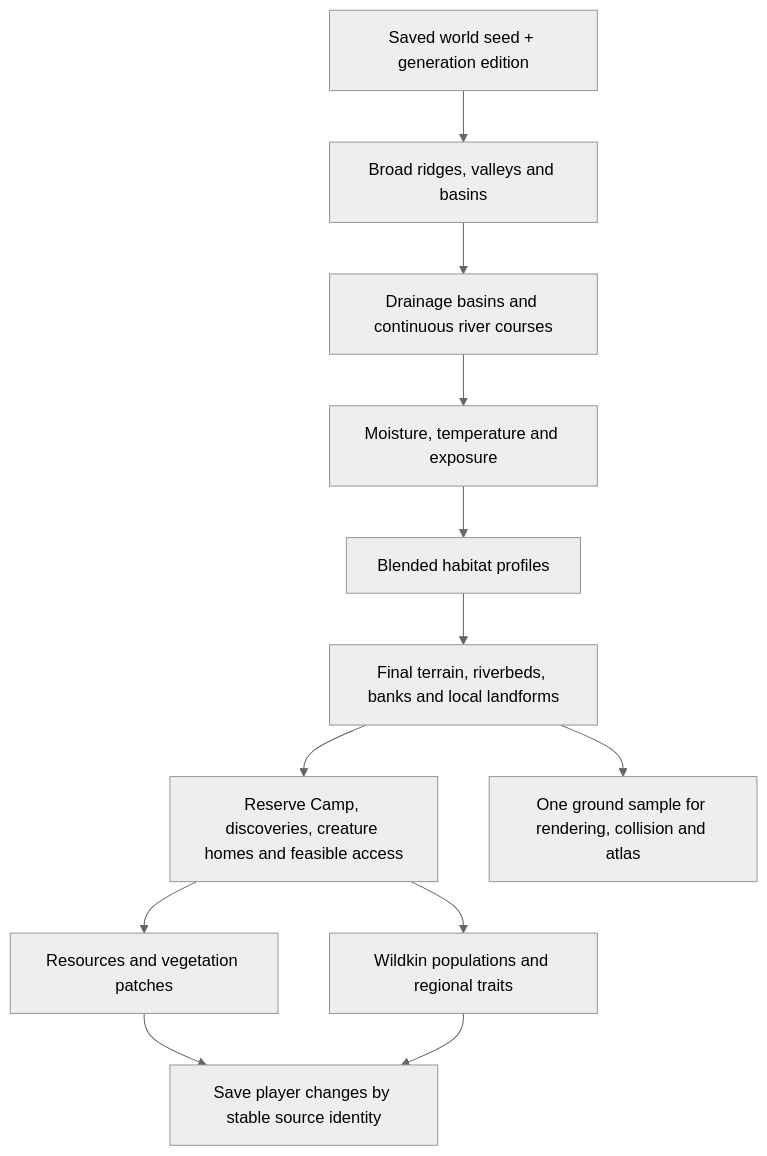
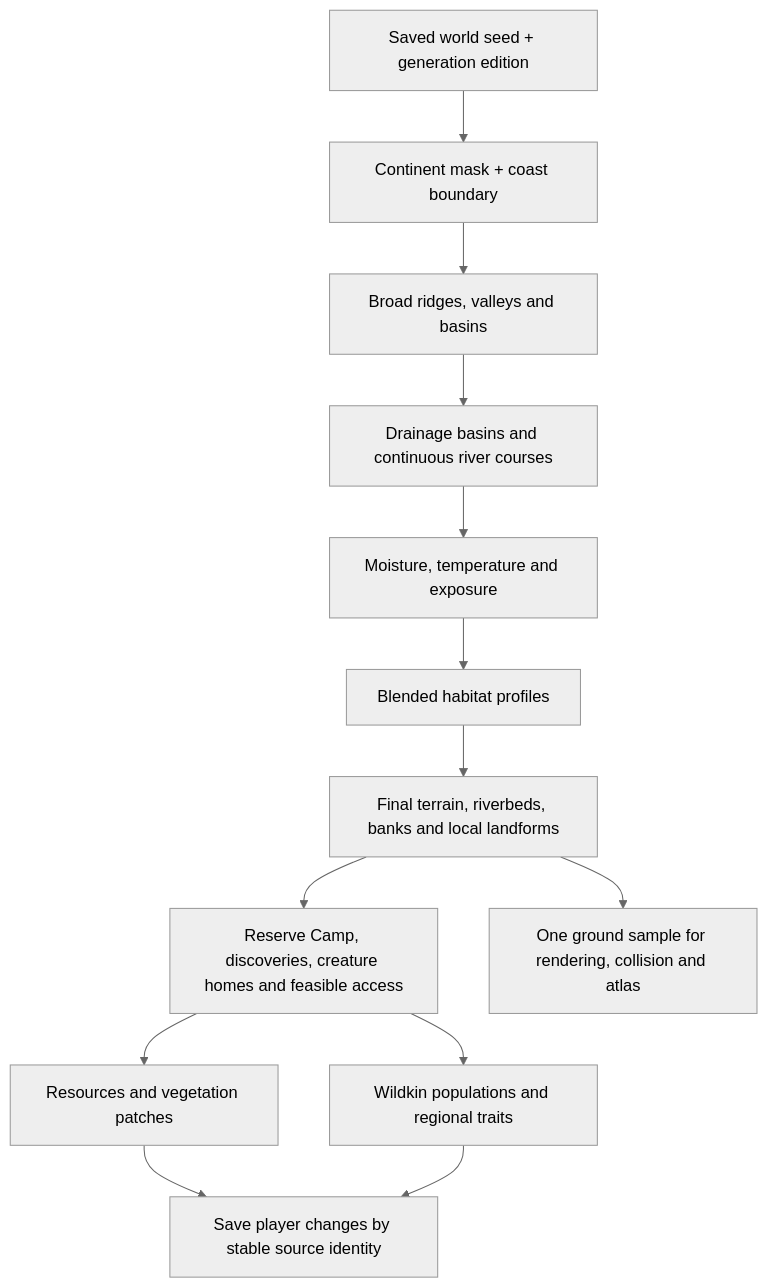
The diagram in docs/WORLD_GENERATION_PLAN.md (MechanizedIT/wildkin-frontier), drawn with Mermaid (neutral theme) before and after one commit. The commit also changed other lines of this file and 49 other files, not shown here.

````diff
--- a/docs/WORLD_GENERATION_PLAN.md
+++ b/docs/WORLD_GENERATION_PLAN.md
@@ -13,14 +15,15 @@
 ```mermaid
 flowchart TD
-  S[Saved world seed + generation edition] --> G[Broad ridges, valleys and basins]
+  S[Saved world seed + generation edition] --> O[Continent mask + coast boundary]
+  O --> G[Broad ridges, valleys and basins]
   G --> H[Drainage basins and continuous river courses]
   H --> C[Moisture, temperature and exposure]
   C --> B[Blended habitat profiles]
   B --> T[Final terrain, riverbeds, banks and local landforms]
   T --> R[Reserve Camp, discoveries, creature homes and feasible access]
   R --> E[Resources and vegetation patches]
   R --> W[Wildkin populations and regional traits]
   T --> M[One ground sample for rendering, collision and atlas]
   E --> D[Save player changes by stable source identity]
   W --> D
 ```
````
